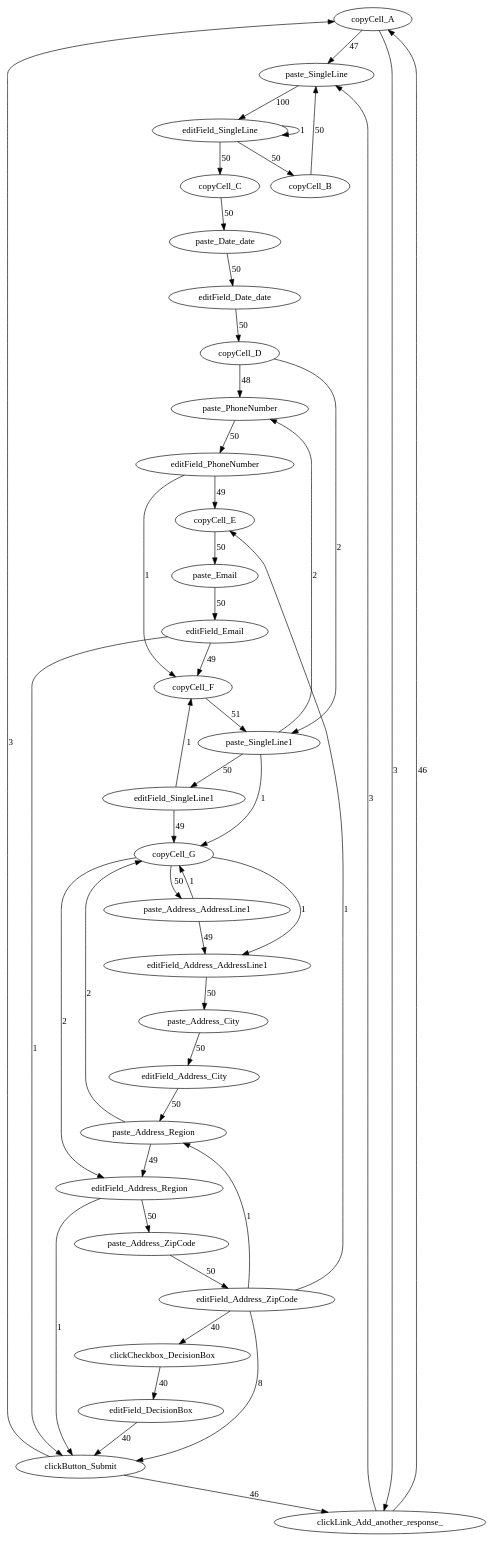
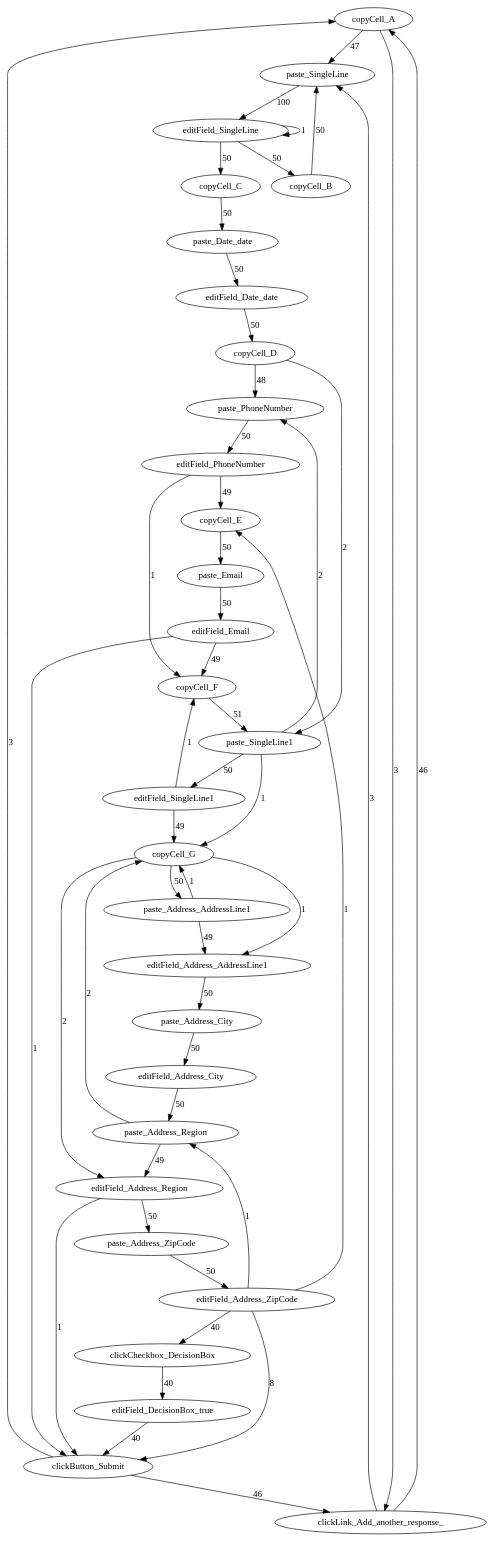
One commit to volodymyrLeno/RPM_Segmentator changed the diagram in TEMP.dot. Above: the diagram before and after it, drawn with Graphviz. The commit also changed 17 other files, not shown here.

```diff
--- a/TEMP.dot
+++ b/TEMP.dot
@@ -1,50 +1,50 @@
 digraph g {
    copyCell_A -> paste_SingleLine [label=47];
    paste_SingleLine -> editField_SingleLine [label=100];
    editField_SingleLine -> copyCell_B [label=50];
    copyCell_B -> paste_SingleLine [label=50];
    editField_SingleLine -> copyCell_C [label=50];
    copyCell_C -> paste_Date_date [label=50];
    paste_Date_date -> editField_Date_date [label=50];
    editField_Date_date -> copyCell_D [label=50];
    copyCell_D -> paste_PhoneNumber [label=48];
    paste_PhoneNumber -> editField_PhoneNumber [label=50];
    editField_PhoneNumber -> copyCell_E [label=49];
    copyCell_E -> paste_Email [label=50];
    paste_Email -> editField_Email [label=50];
    editField_Email -> copyCell_F [label=49];
    copyCell_F -> paste_SingleLine1 [label=51];
    paste_SingleLine1 -> editField_SingleLine1 [label=50];
    editField_SingleLine1 -> copyCell_G [label=49];
    copyCell_G -> paste_Address_AddressLine1 [label=50];
    paste_Address_AddressLine1 -> editField_Address_AddressLine1 [label=49];
    editField_Address_AddressLine1 -> paste_Address_City [label=50];
    paste_Address_City -> editField_Address_City [label=50];
    editField_Address_City -> paste_Address_Region [label=50];
    paste_Address_Region -> editField_Address_Region [label=49];
    editField_Address_Region -> paste_Address_ZipCode [label=50];
    paste_Address_ZipCode -> editField_Address_ZipCode [label=50];
    editField_Address_ZipCode -> clickButton_Submit [label=8];
    clickButton_Submit -> clickLink_Add_another_response_ [label=46];
    clickLink_Add_another_response_ -> copyCell_A [label=46];
    editField_Address_ZipCode -> clickCheckbox_DecisionBox [label=40];
-   clickCheckbox_DecisionBox -> editField_DecisionBox [label=40];
-   editField_DecisionBox -> clickButton_Submit [label=40];
+   clickCheckbox_DecisionBox -> editField_DecisionBox_true [label=40];
+   editField_DecisionBox_true -> clickButton_Submit [label=40];
    editField_PhoneNumber -> copyCell_F [label=1];
    editField_Address_ZipCode -> copyCell_E [label=1];
    editField_Email -> clickButton_Submit [label=1];
    clickButton_Submit -> copyCell_A [label=3];
    copyCell_A -> clickLink_Add_another_response_ [label=3];
    clickLink_Add_another_response_ -> paste_SingleLine [label=3];
    paste_Address_Region -> copyCell_G [label=2];
    copyCell_G -> editField_Address_Region [label=2];
    paste_Address_AddressLine1 -> copyCell_G [label=1];
    copyCell_G -> editField_Address_AddressLine1 [label=1];
    copyCell_D -> paste_SingleLine1 [label=2];
    paste_SingleLine1 -> paste_PhoneNumber [label=2];
    editField_SingleLine1 -> copyCell_F [label=1];
    paste_SingleLine1 -> copyCell_G [label=1];
    editField_SingleLine -> editField_SingleLine [label=1];
    editField_Address_ZipCode -> paste_Address_Region [label=1];
    editField_Address_Region -> clickButton_Submit [label=1];
 }
```
